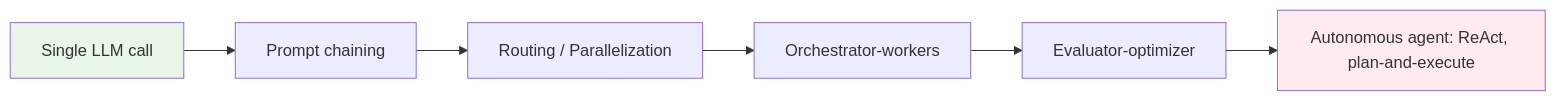
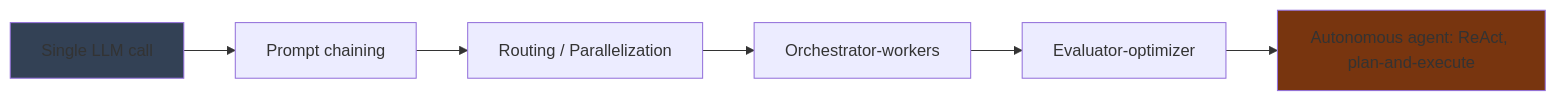
The first of 9 diagrams in docs/03-patterns.md (sztistvan/llm-agents-handouts), drawn with Mermaid before and after one commit. The commit also changed other lines of this file and 20 other files, not shown here.

````diff
--- a/docs/03-patterns.md
+++ b/docs/03-patterns.md
@@ -8,10 +8,10 @@
 ```mermaid
 flowchart LR
     A[Single LLM call] --> B[Prompt chaining]
     B --> C[Routing / Parallelization]
     C --> D[Orchestrator-workers]
     D --> E[Evaluator-optimizer]
     E --> F[Autonomous agent: ReAct, plan-and-execute]
-    style A fill:#e8f5e9
-    style F fill:#ffebee
+    style A fill:#334155
+    style F fill:#78350f
 ```
````
